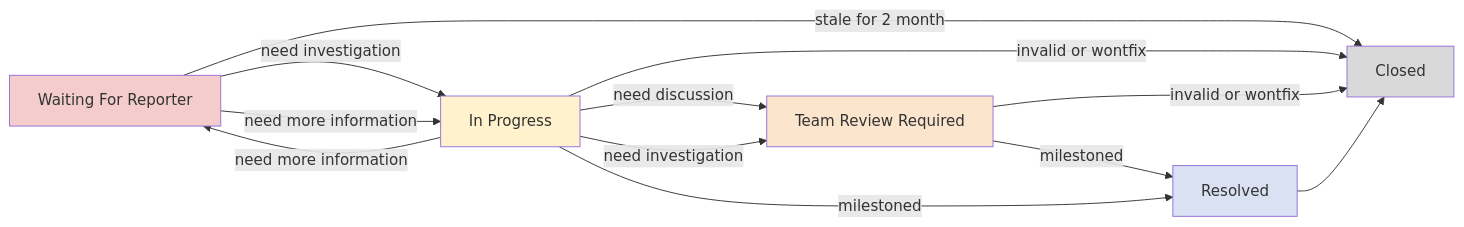
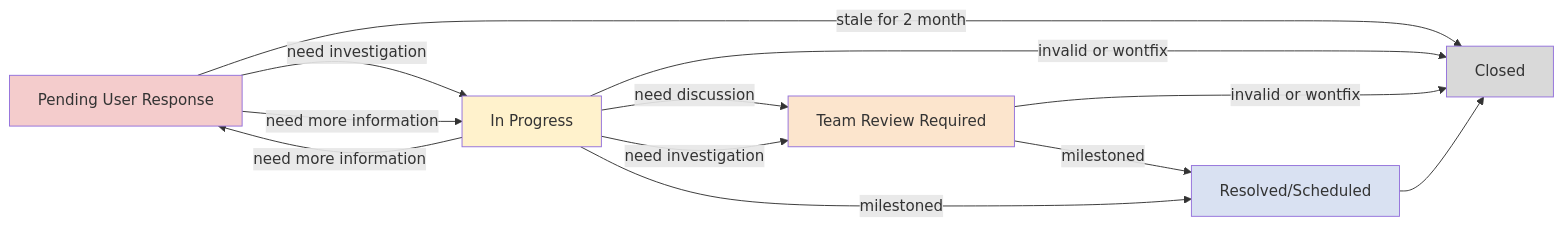
Before and after one commit to irishgordo/harvester-wiki: the first of 2 diagrams in Community-Issue-Management.md, drawn with Mermaid.

Commit message:
Updated Community Issue Management (markdown)

````diff
--- a/Community-Issue-Management.md
+++ b/Community-Issue-Management.md
@@ -47,25 +47,25 @@
 ```mermaid
 flowchart LR
-    A[Waiting For Reporter] -->|need investigation| B[In Progress]
+    A[Pending User Response] -->|need investigation| B[In Progress]
     A -->|need more information| B
     A -->|stale for 2 month| F[Closed]
 
     C -->|milestoned| D
 
 
     B -->|need discussion| C[Team Review Required]
-    B -->|milestoned| D[Resolved]
+    B -->|milestoned| D[Resolved/Scheduled]
     B -->|invalid or wontfix| F
     B -->|need more information| A
     B -->|need investigation| C
 
     C -->|invalid or wontfix| F
     
     D --> F
 
     style A fill:#f4cccc
     style B fill:#fff2cc
     style C fill:#fce5cd
     style D fill:#d9e1f2
     style F fill:#d9d9d9
 ```
````
